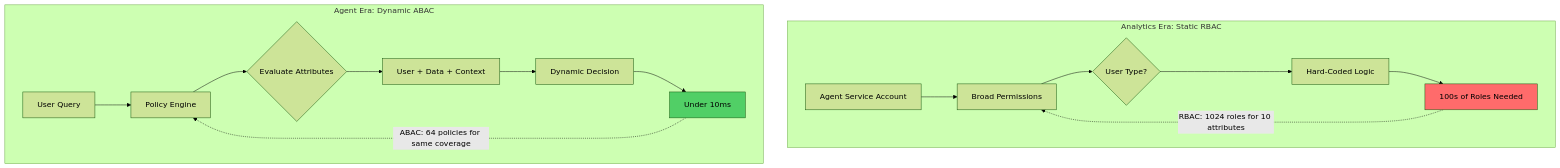
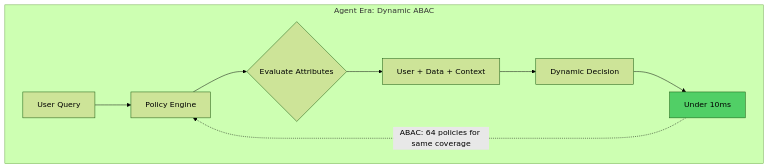
The ninth of 11 diagrams in chapter-00/chapter_00_complete.md (colaberry/enterprise-data-readiness-ai-agents), drawn with Mermaid (forest theme) before and after one commit. The commit also changed 2 other files, not shown here.

Commit message:
RBAC vs ABAC
RBAC vs ABAC

````diff
--- a/chapter-00/chapter_00_complete.md
+++ b/chapter-00/chapter_00_complete.md
@@ -508,22 +522,13 @@
 ```mermaid
 graph TB
-    subgraph "Analytics Era: Static RBAC"
-        A1[Agent Service Account] --> A2[Broad Permissions]
-        A2 --> A3{User Type?}
-        A3 --> A4[Hard-Coded Logic]
-        A4 --> A5[100s of Roles Needed]
-        style A5 fill:#ff6b6b
-    end
-    
     subgraph "Agent Era: Dynamic ABAC"
         B1[User Query] --> B2[Policy Engine]
         B2 --> B3{Evaluate Attributes}
         B3 --> B4[User + Data + Context]
         B4 --> B5[Dynamic Decision]
         B5 --> B6[Under 10ms]
         style B6 fill:#51cf66
     end
     
-    A5 -.->|RBAC: 1024 roles for 10 attributes| A2
     B6 -.->|ABAC: 64 policies for same coverage| B2
 ```
````
